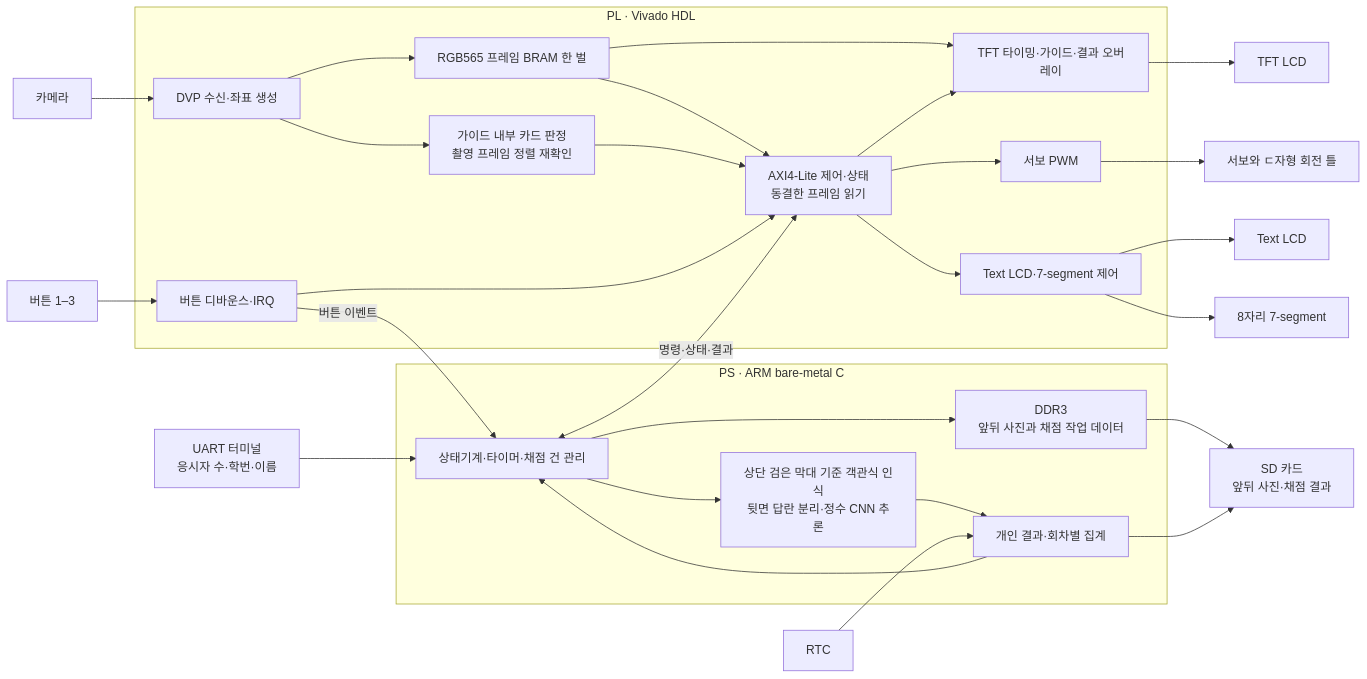
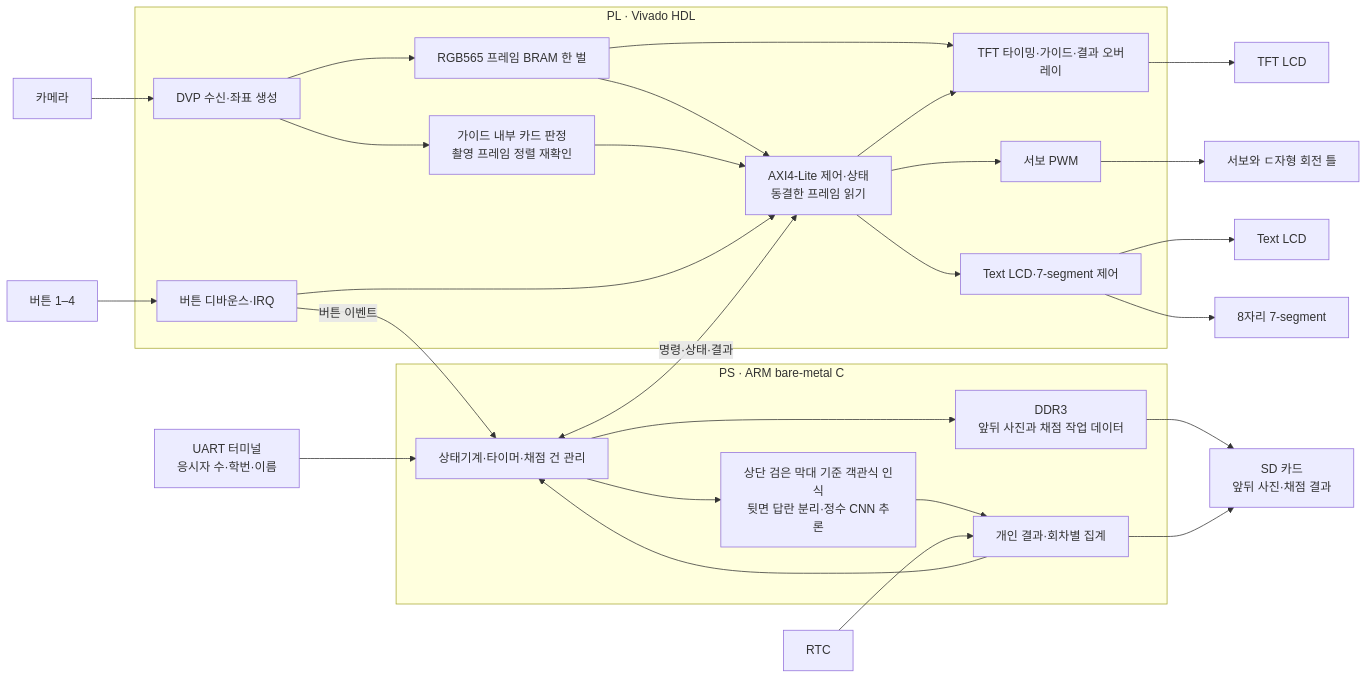
One commit to yumyum1215/26SoC_Term_Project_OMR_Reader changed the first of 2 diagrams in docs/system-architecture.md. Above: the diagram before and after it, drawn with Mermaid. The commit also changed other lines of this file and 3 other files, not shown here.

````diff
--- a/docs/system-architecture.md
+++ b/docs/system-architecture.md
@@ -11,52 +11,52 @@
 ```mermaid
 flowchart LR
     CAMERA["카메라"]
-    PB["버튼 1–3"]
+    PB["버튼 1–4"]
     SERVO["서보와 ㄷ자형 회전 틀"]
     TFT["TFT LCD"]
     TEXT["Text LCD"]
     FND["8자리 7-segment"]
     HOST["UART 터미널<br/>응시자 수·학번·이름"]
     RTC["RTC"]
     SD["SD 카드<br/>앞뒤 사진·채점 결과"]
 
     subgraph PL["PL · Vivado HDL"]
         CAP["DVP 수신·좌표 생성"]
         FRAME["RGB565 프레임 BRAM 한 벌"]
         ROI["가이드 내부 카드 판정<br/>촬영 프레임 정렬 재확인"]
         VIEW["TFT 타이밍·가이드·결과 오버레이"]
         IRQ["버튼 디바운스·IRQ"]
         AXI["AXI4-Lite 제어·상태<br/>동결한 프레임 읽기"]
         PWM["서보 PWM"]
         DISPLAY["Text LCD·7-segment 제어"]
     end
 
     subgraph PS["PS · ARM bare-metal C"]
         FSM["상태기계·타이머·채점 건 관리"]
         GRADE["상단 검은 막대 기준 객관식 인식<br/>뒷면 답란 분리·정수 CNN 추론"]
         RECORD["개인 결과·회차별 집계"]
         DDR["DDR3<br/>앞뒤 사진과 채점 작업 데이터"]
     end
 
     CAMERA --> CAP
     CAP --> FRAME
     CAP --> ROI
     FRAME --> VIEW --> TFT
     FRAME --> AXI
     ROI --> AXI
     PB --> IRQ -->|"버튼 이벤트"| FSM
     IRQ --> AXI
     FSM <-->|"명령·상태·결과"| AXI
     AXI --> PWM --> SERVO
     AXI --> VIEW
     AXI --> DISPLAY
     DISPLAY --> TEXT
     DISPLAY --> FND
     FSM --> GRADE --> RECORD
     FSM --> DDR
     RECORD --> FSM
     DDR --> SD
     RECORD --> SD
     HOST --> FSM
     RTC --> RECORD
 ```
````
